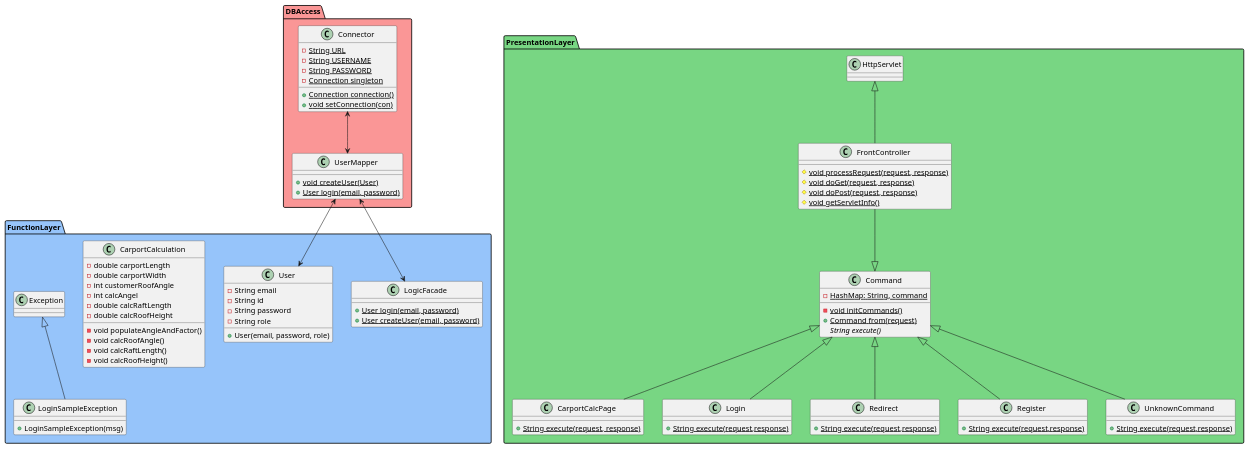
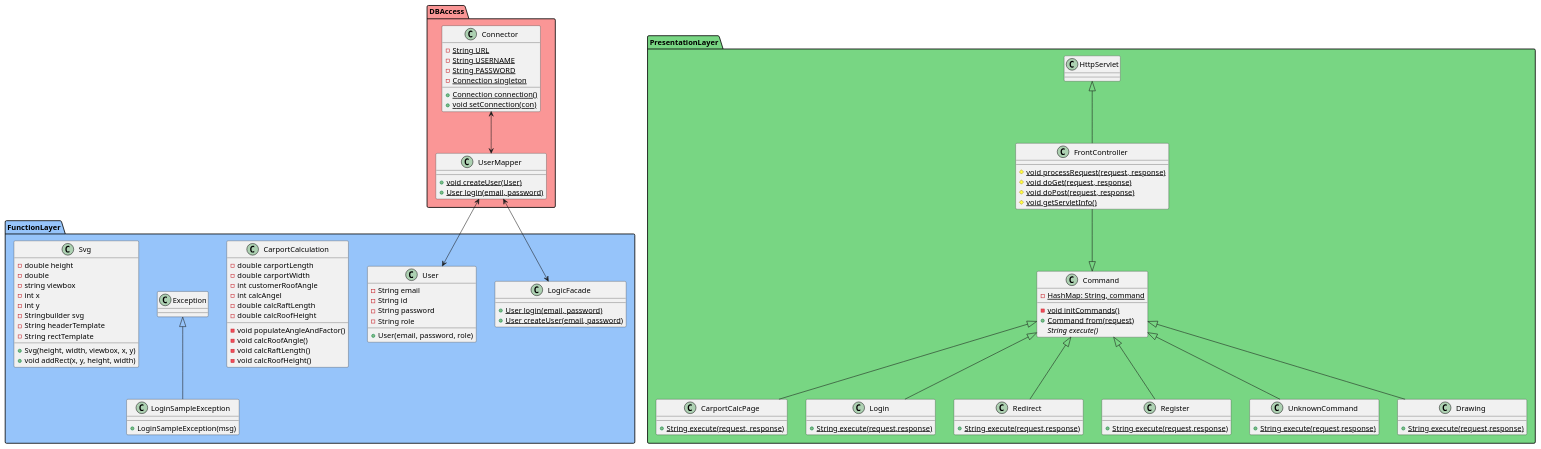
The diagram in src/UML/ClassDiagram.puml (Jean-Poul/Eksamensprojekt_Fog), drawn with PlantUML before and after one commit. The commit also changed 5 other files, not shown here.

Commit message:
drawing.svg fortsat. svg mappestruktur lavet. classDiagram opdateret

```diff
--- a/src/UML/ClassDiagram.puml
+++ b/src/UML/ClassDiagram.puml
@@ -1,102 +1,119 @@
 @startuml
 
 package "DBAccess" #fa9696 {
 
 Class UserMapper{
 {static}+void createUser(User)
 {static}+User login(email, password)
 }
 
 class Connector{
 {static}-String URL
 {static}-String USERNAME
 {static}-String PASSWORD
 {static}-Connection singleton
 {static}+Connection connection()
 {static}+void setConnection(con)
 }
 
 }
 /'
 Comment
 '/
 
 package "FunctionLayer" #96c4fa {
 
 LogicFacade <--> UserMapper
 Connector <--> UserMapper
 UserMapper <--> User
 
 class CarportCalculation{
 -double carportLength
 -double carportWidth
 -int customerRoofAngle
 -int calcAngel
 -double calcRaftLength
 -double calcRoofHeight
 -void populateAngleAndFactor()
 -void calcRoofAngle()
 -void calcRaftLength()
 -void calcRoofHeight()
 }
 
 class LogicFacade {
 {static}+User login(email, password)
 {static}+User createUser(email, password)
 }
 
 class LoginSampleException extends Exception{
 +LoginSampleException(msg)
 }
 
 class User{
 -String email
 -String id
 -String password
 -String role
 +User(email, password, role)
 }
 
+class Svg{
+-double height
+-double
+-string viewbox
+-int x
+-int y
+-Stringbuilder svg
+-String headerTemplate
+-String rectTemplate
++Svg(height, width, viewbox, x, y)
++void addRect(x, y, height, width)
+}
+
 }
 
 package "PresentationLayer" #78d683 {
 
 FrontController --|> Command
 
 class Command{
 {Static}-HashMap: String, command
 {Static}-void initCommands()
 {Static}+Command from(request)
 {abstract} String execute()
 }
 
 class CarportCalcPage extends Command{
 {Static}+String execute(request, response)
 }
 
 class FrontController extends HttpServlet{
 {Static}#void processRequest(request, response)
 {Static}#void doGet(request, response)
 {Static}#void doPost(request, response)
 {Static}#void getServletInfo()
 }
 
 class Login extends Command{
 {Static}+String execute(request,response)
 }
 
 class Redirect extends Command{
 {Static}+String execute(request,response)
 }
 
 class Register extends Command{
 {Static}+String execute(request,response)
 }
 
 class UnknownCommand extends Command{
 {Static}+String execute(request,response)
 }
 
+class Drawing extends Command{
+{Static}+String execute(request,response)
+}
+
 }
 
 @enduml
```
